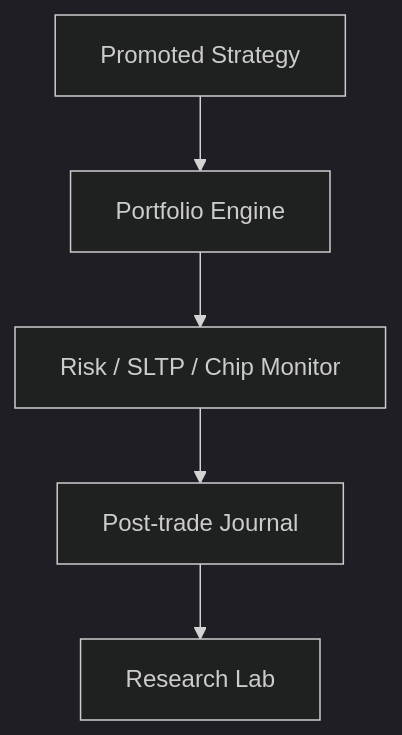
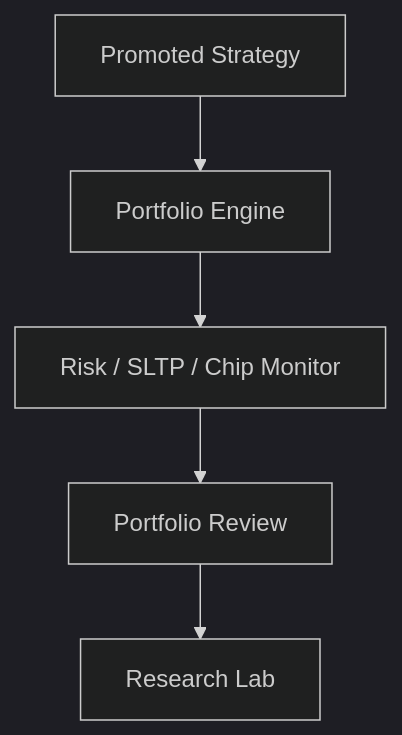
The fourth of 4 diagrams in docs/01_architecture/system_vision_specification.md (minleu94/technical_analysis), drawn with Mermaid (dark theme) before and after one commit. The commit also changed other lines of this file and 28 other files, not shown here.

````diff
--- a/docs/01_architecture/system_vision_specification.md
+++ b/docs/01_architecture/system_vision_specification.md
@@ -139,7 +179,7 @@
 ```mermaid
 graph TD
-    Promote[Promoted Strategy] --> Portfolio[Portfolio Engine]
-    Portfolio --> Monitor[Risk / SLTP / Chip Monitor]
-    Monitor --> Journal[Post-trade Journal]
-    Journal --> Lab[Research Lab]
+    Promote["Promoted Strategy"] --> Portfolio["Portfolio Engine"]
+    Portfolio --> Monitor["Risk / SLTP / Chip Monitor"]
+    Monitor --> Review["Portfolio Review"]
+    Review --> Lab["Research Lab"]
 ```
````
